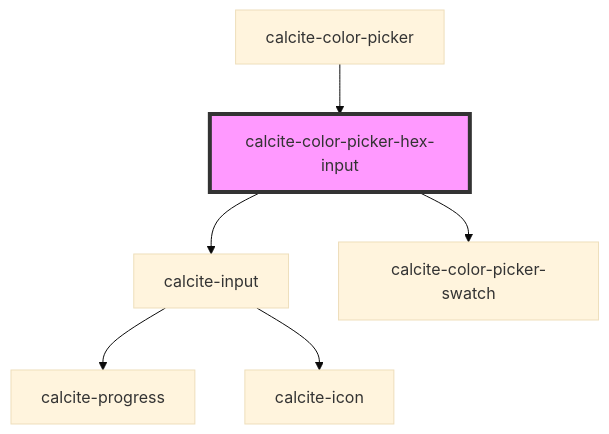
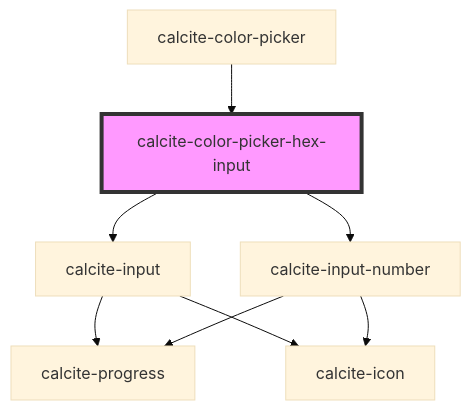
One commit to Esri/calcite-design-system changed the diagram in src/components/color-picker-hex-input/readme.md. Above: the diagram before and after it, drawn with Mermaid (base theme). The commit also changed other lines of this file and 69 other files, not shown here.

````diff
--- a/src/components/color-picker-hex-input/readme.md
+++ b/src/components/color-picker-hex-input/readme.md
@@ -44,9 +45,11 @@
 ```mermaid
 graph TD;
   calcite-color-picker-hex-input --> calcite-input
-  calcite-color-picker-hex-input --> calcite-color-picker-swatch
+  calcite-color-picker-hex-input --> calcite-input-number
   calcite-input --> calcite-progress
   calcite-input --> calcite-icon
+  calcite-input-number --> calcite-progress
+  calcite-input-number --> calcite-icon
   calcite-color-picker --> calcite-color-picker-hex-input
   style calcite-color-picker-hex-input fill:#f9f,stroke:#333,stroke-width:4px
 ```
````
